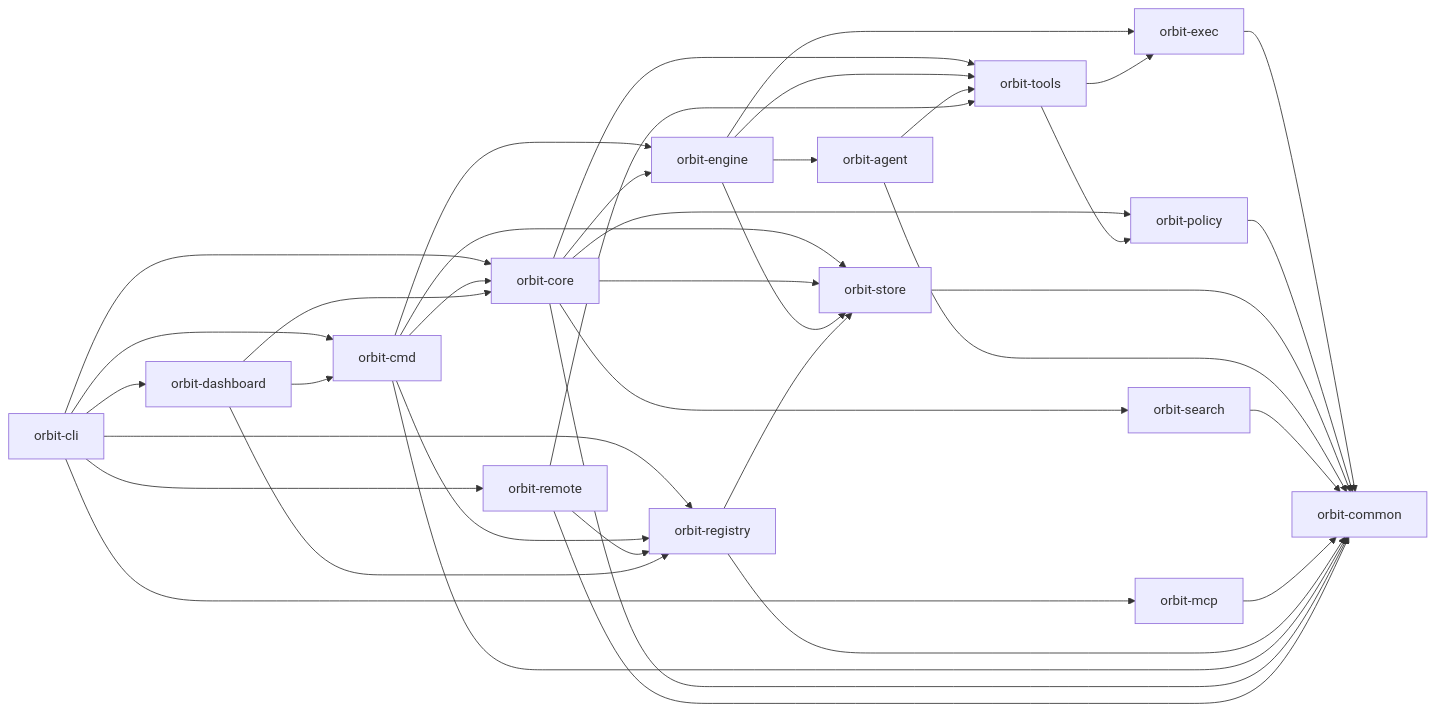
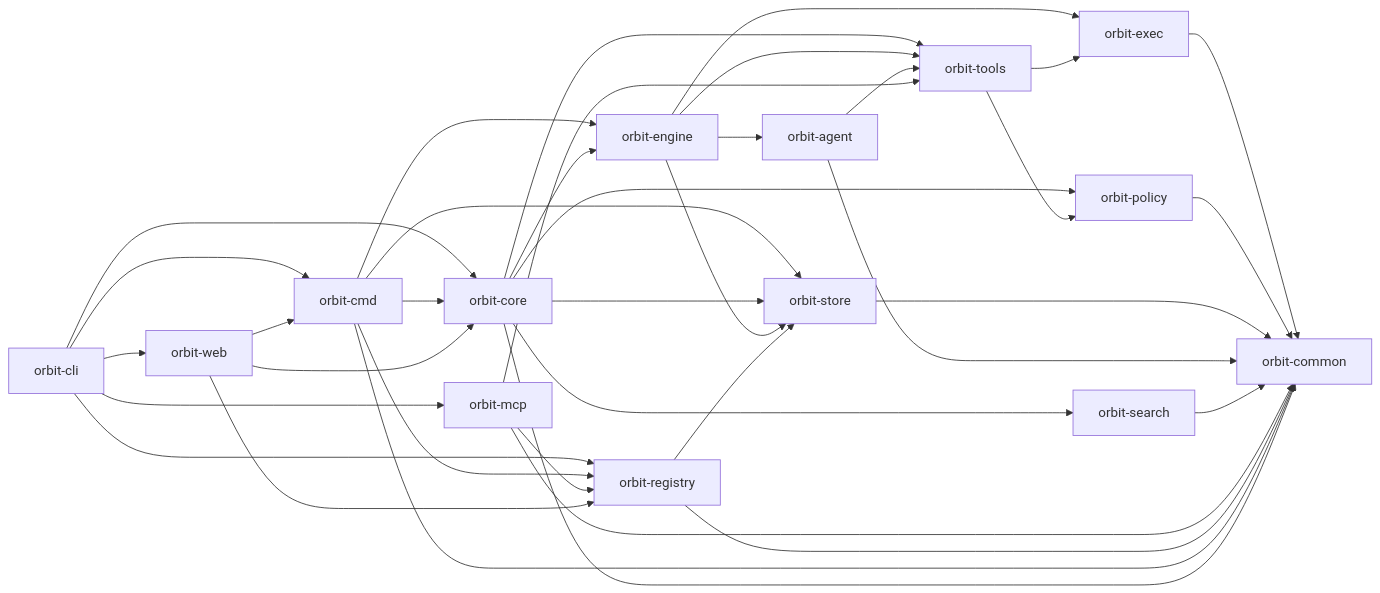
One commit to danieljhkim/orbit changed the diagram in ARCHITECTURE.md. Above: the diagram before and after it, drawn with Mermaid. The commit also changed other lines of this file and 137 other files, not shown here.

````diff
--- a/ARCHITECTURE.md
+++ b/ARCHITECTURE.md
@@ -5,41 +5,39 @@
 ```mermaid
 flowchart LR
   CLI["orbit-cli"] --> Core["orbit-core"]
   CLI --> Cmd["orbit-cmd"]
   CLI --> Registry["orbit-registry"]
-  CLI --> Remote["orbit-remote"]
   CLI --> MCP["orbit-mcp"]
-  CLI --> Dashboard["orbit-dashboard"]
+  CLI --> Web["orbit-web"]
   Cmd --> Core
   Cmd --> Engine
   Cmd --> Registry
   Cmd --> Store
   Core --> Engine["orbit-engine"]
   Core --> Store["orbit-store"]
   Core --> Tools["orbit-tools"]
   Core --> Search["orbit-search"]
   Core --> Policy["orbit-policy"]
   Engine --> Agent["orbit-agent"]
   Engine --> Store
   Engine --> Exec["orbit-exec"]
   Engine --> Tools
   Agent --> Tools
   Tools --> Exec["orbit-exec"]
   Tools --> Policy
   Exec --> Common["orbit-common"]
   Policy --> Common
   Store --> Common
   Agent --> Common
   Search --> Common
   MCP --> Common
+  MCP --> Registry
+  MCP --> Tools
   Registry --> Store
   Registry --> Common
-  Remote --> Registry
-  Dashboard["orbit-dashboard"] --> Core
-  Dashboard --> Cmd
-  Dashboard --> Registry
+  Web --> Core
+  Web --> Cmd
+  Web --> Registry
   Cmd --> Common
   Core --> Common
-  Remote --> Tools
-  Remote --> Common
 ```
````
